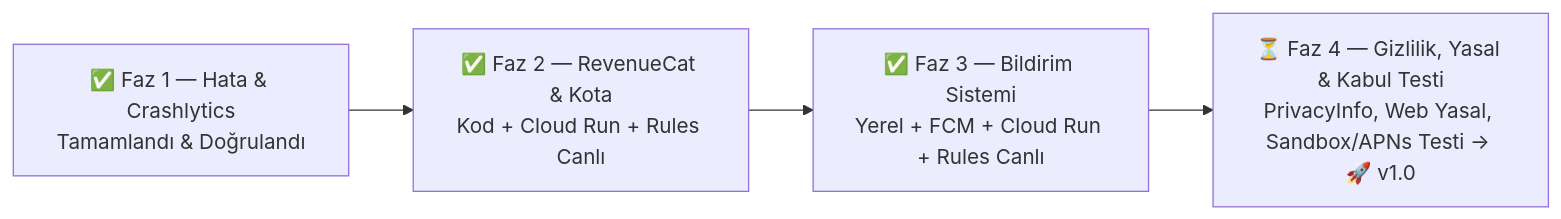
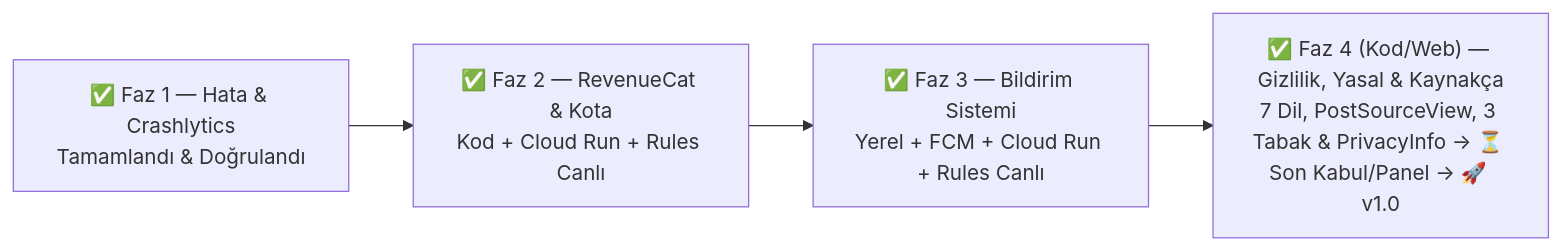
The second of 2 diagrams in docs/proje_durum_ve_mimari_raporu.md (kuzeysinay/omakase), drawn with Mermaid before and after one commit. The commit also changed other lines of this file and 42 other files, not shown here.

````diff
--- a/docs/proje_durum_ve_mimari_raporu.md
+++ b/docs/proje_durum_ve_mimari_raporu.md
@@ -188,6 +188,6 @@
 ```mermaid
 flowchart LR
     F1["✅ Faz 1 — Hata & Crashlytics<br/>Tamamlandı & Doğrulandı"] --> F2["✅ Faz 2 — RevenueCat & Kota<br/>Kod + Cloud Run + Rules Canlı"]
     F2 --> F3["✅ Faz 3 — Bildirim Sistemi<br/>Yerel + FCM + Cloud Run + Rules Canlı"]
-    F3 --> F4["⏳ Faz 4 — Gizlilik, Yasal & Kabul Testi<br/>PrivacyInfo, Web Yasal, Sandbox/APNs Testi → 🚀 v1.0"]
+    F3 --> F4["✅ Faz 4 (Kod/Web) — Gizlilik, Yasal & Kaynakça<br/>7 Dil, PostSourceView, 3 Tabak & PrivacyInfo → ⏳ Son Kabul/Panel → 🚀 v1.0"]
 ```
````
